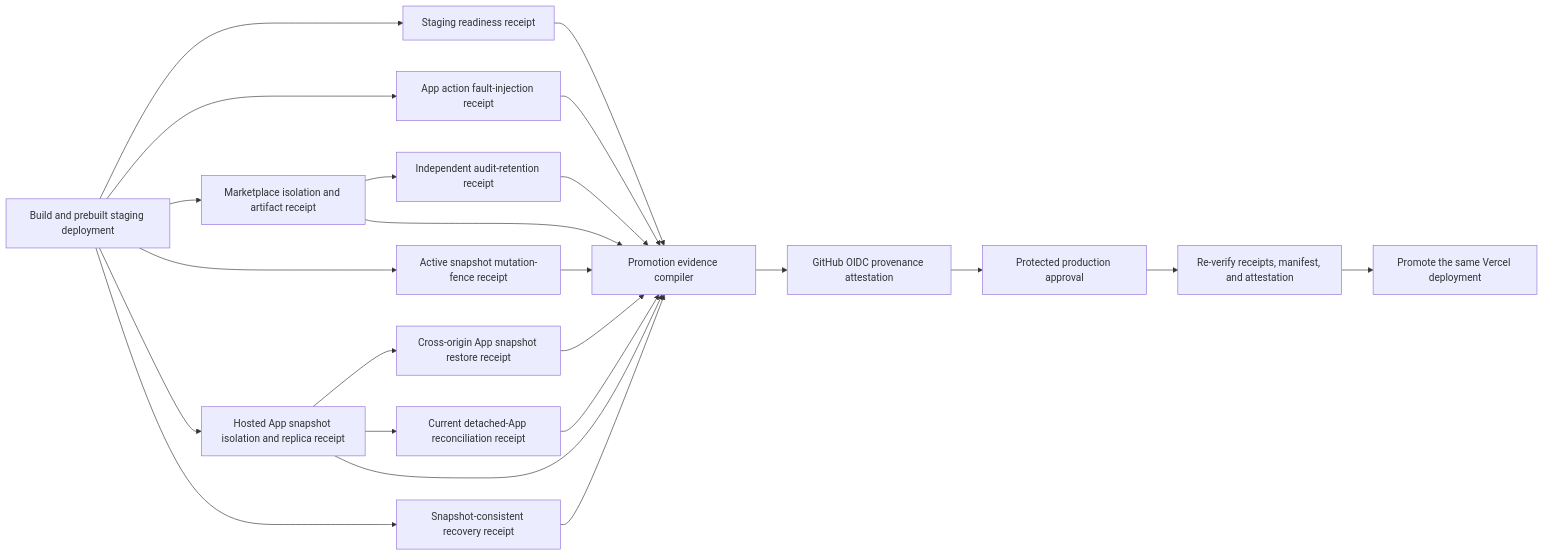
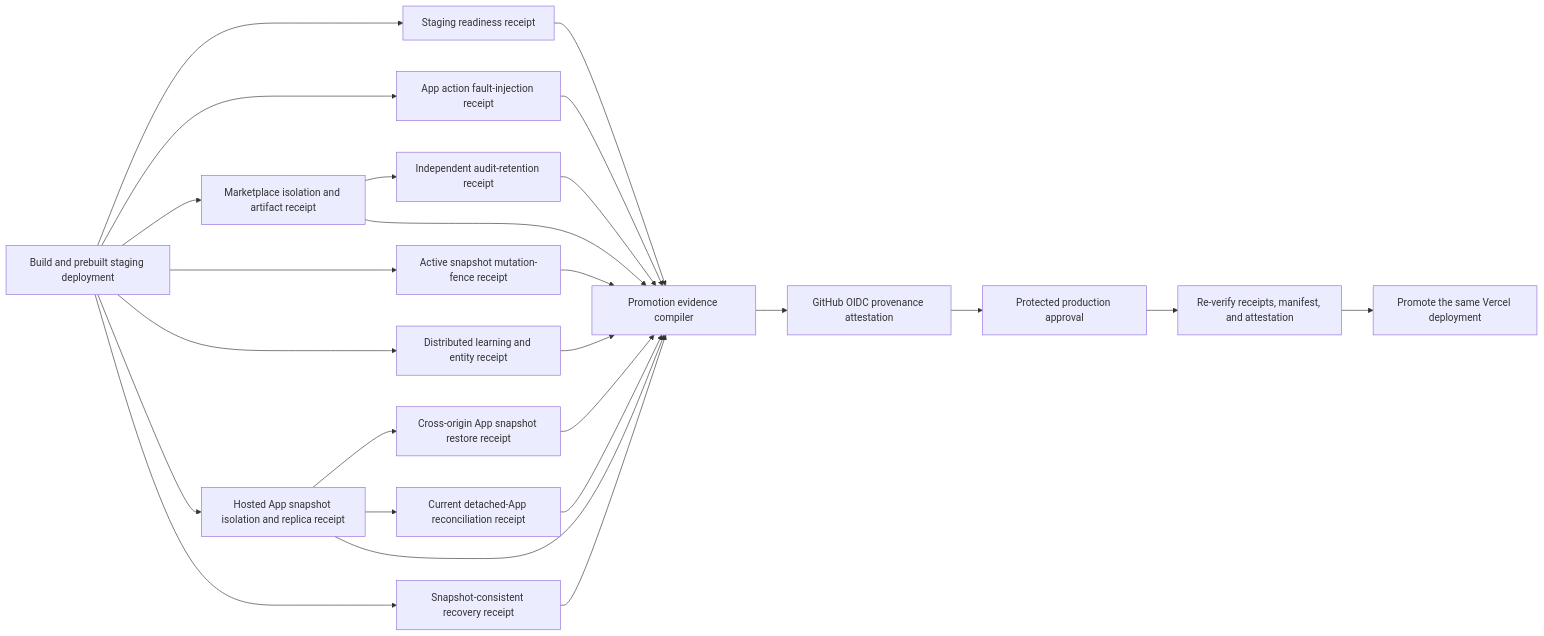
The diagram in docs/PRODUCTION-PROMOTION-EVIDENCE.md (mrrkrieg/loopgraph), drawn with Mermaid before and after one commit. The commit also changed other lines of this file and 9 other files, not shown here.

````diff
--- a/docs/PRODUCTION-PROMOTION-EVIDENCE.md
+++ b/docs/PRODUCTION-PROMOTION-EVIDENCE.md
@@ -8,25 +8,27 @@
 ```mermaid
 flowchart LR
   V["Build and prebuilt staging deployment"] --> S["Staging readiness receipt"]
   V --> F["App action fault-injection receipt"]
   V --> M["Marketplace isolation and artifact receipt"]
   V --> Q["Active snapshot mutation-fence receipt"]
+  V --> L["Distributed learning and entity receipt"]
   V --> H["Hosted App snapshot isolation and replica receipt"]
   H --> B["Cross-origin App snapshot restore receipt"]
   H --> C["Current detached-App reconciliation receipt"]
   V --> R["Snapshot-consistent recovery receipt"]
   M --> A["Independent audit-retention receipt"]
   S --> E["Promotion evidence compiler"]
   F --> E
   M --> E
   Q --> E
+  L --> E
   H --> E
   B --> E
   C --> E
   R --> E
   A --> E
   E --> T["GitHub OIDC provenance attestation"]
   T --> P["Protected production approval"]
   P --> X["Re-verify receipts, manifest, and attestation"]
   X --> Y["Promote the same Vercel deployment"]
 ```
````
